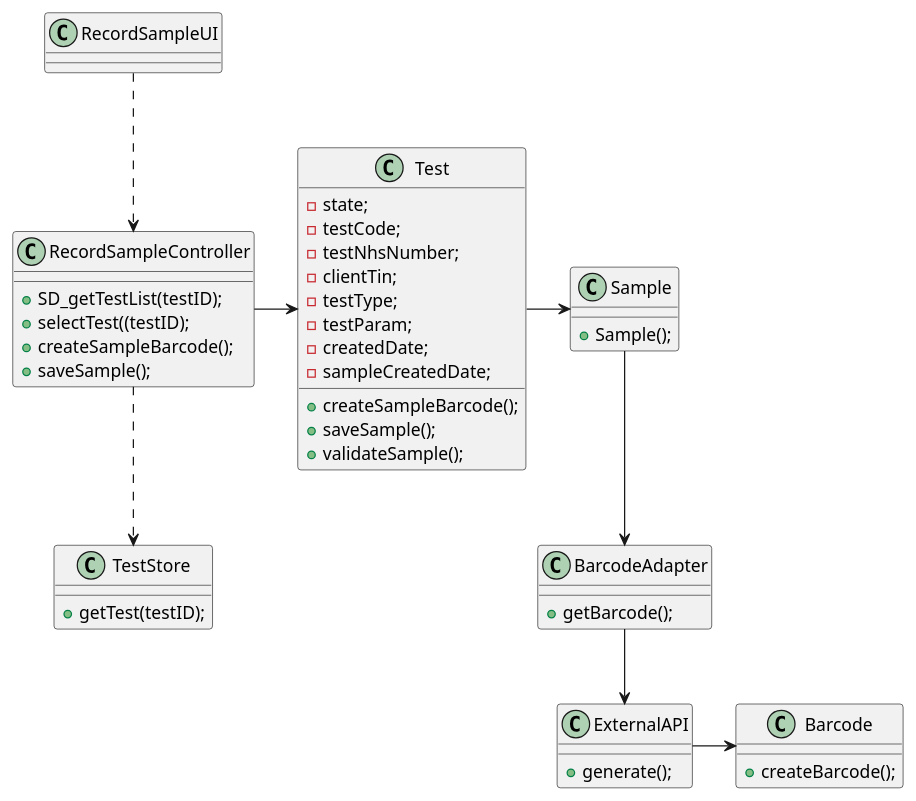
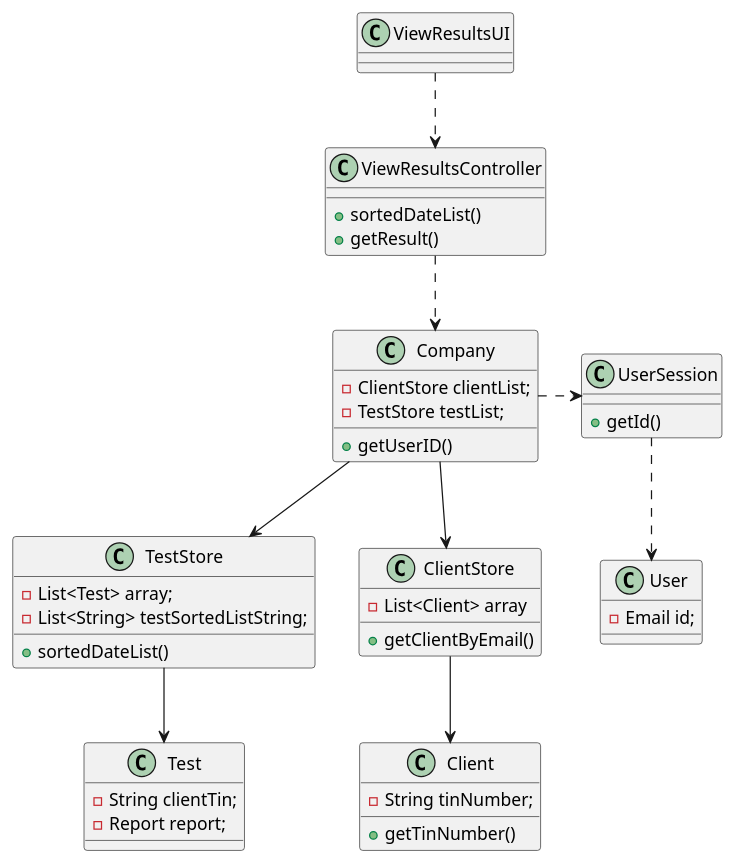
The diagram in docs/SprintD/US01/US1_CD.puml (MarianaCLages/LAPR2), drawn with PlantUML before and after one commit. The commit also changed 4 other files, not shown here.

```diff
--- a/docs/SprintD/US01/US1_CD.puml
+++ b/docs/SprintD/US01/US1_CD.puml
@@ -1,55 +1,58 @@
 @startuml
 
-class RecordSampleUI{
+class ViewResultsUI{
 }
 
-class RecordSampleController{
-+ SD_getTestList(testID);
-+ selectTest((testID);
-+ createSampleBarcode();
-+ saveSample();
+class ViewResultsController{
++sortedDateList()
++getResult()
+
 }
 
 class TestStore{
-+ getTest(testID);
+-List<Test> array;
+-List<String> testSortedListString;
++sortedDateList()
 }
 
 class Test{
--state;
--testCode;
--testNhsNumber;
--clientTin;
--testType;
--testParam;
--createdDate;
--sampleCreatedDate;
-+ createSampleBarcode();
-+ saveSample();
-+ validateSample();
+-String clientTin;
+-Report report;
 }
 
-class Sample{
-+ Sample();
+class Company{
+-ClientStore clientList;
+-TestStore testList;
++getUserID()
+
 }
 
-class BarcodeAdapter{
-+ getBarcode();
+class UserSession{
++getId()
 }
 
-class ExternalAPI{
-+ generate();
+class User{
+-Email id;
 }
 
-class Barcode{
-+ createBarcode();
+class ClientStore{
+-List<Client> array
++getClientByEmail()
 }
 
-RecordSampleUI ..> RecordSampleController
-RecordSampleController ..> TestStore
-RecordSampleController -> Test
-Test -> Sample
-Sample --> BarcodeAdapter
-BarcodeAdapter --> ExternalAPI
-ExternalAPI -> Barcode
+class Client{
+-String tinNumber;
++getTinNumber()
+}
+
+ViewResultsUI ..> ViewResultsController
+ViewResultsController ..> Company
+Company .> UserSession
+UserSession ..> User
+Company --> ClientStore
+Company -->TestStore
+ClientStore --> Client
+TestStore --> Test
+
 
 @enduml
```
